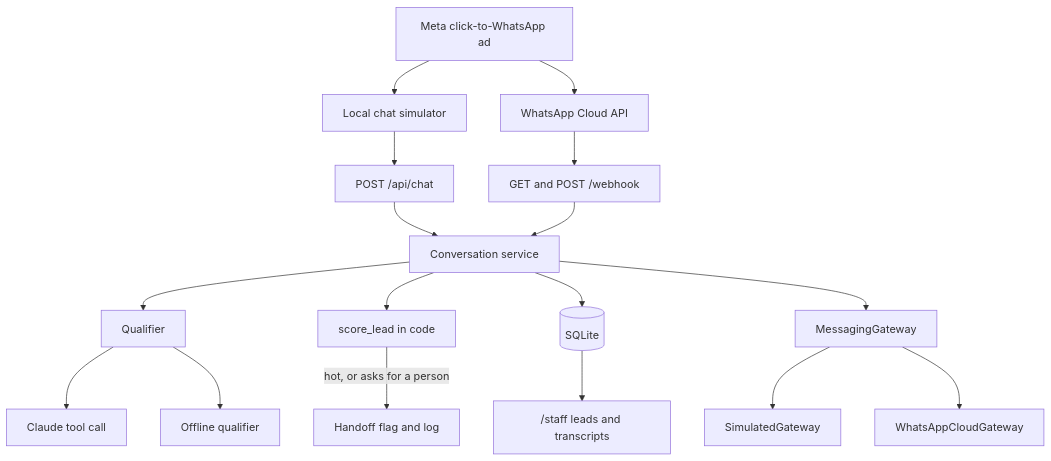
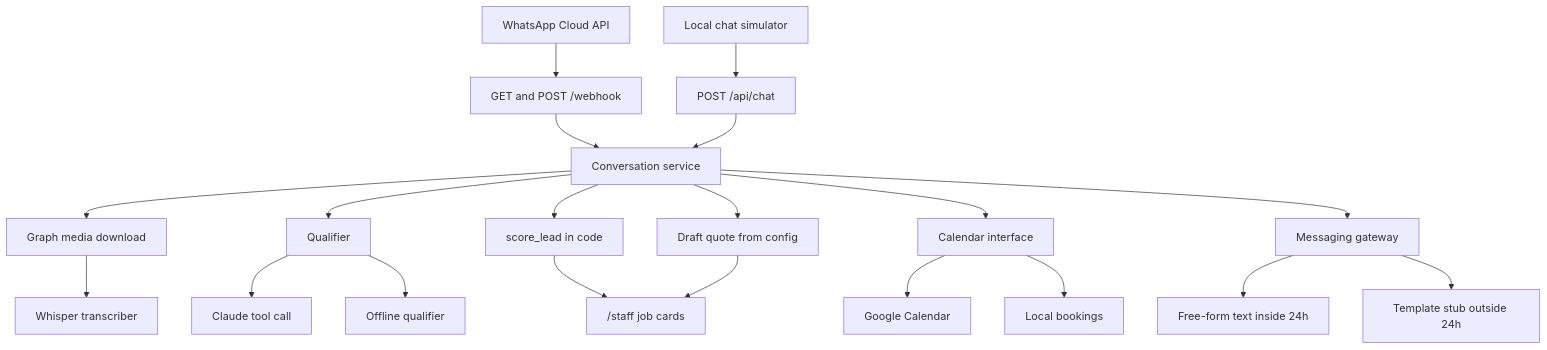
Before and after one commit to shishirven/whatsapp-travel-bot: the diagram in README.md, drawn with Mermaid. The commit also changed other lines of this file and 38 other files, not shown here.

First line of the commit message:
Adapt the WhatsApp lead bot into a tradie job assistant. (#2)

````diff
--- a/README.md
+++ b/README.md
@@ -11,22 +9,24 @@
 ```mermaid
 flowchart TD
-  Ad[Meta click-to-WhatsApp ad]
+  WA[WhatsApp Cloud API]
   Sim[Local chat simulator]
-  WA[WhatsApp Cloud API]
-  Ad --> Sim
-  Ad --> WA
+  WA --> Hook["GET and POST /webhook"]
   Sim --> ChatAPI["POST /api/chat"]
-  WA --> Hook["GET and POST /webhook"]
-  ChatAPI --> Svc[Conversation service]
-  Hook --> Svc
+  Hook --> Svc[Conversation service]
+  ChatAPI --> Svc
+  Svc --> Media[Graph media download]
+  Media --> Whisper[Whisper transcriber]
   Svc --> Qualifier[Qualifier]
   Qualifier --> Claude["Claude tool call"]
   Qualifier --> Mock[Offline qualifier]
   Svc --> Score["score_lead in code"]
-  Svc --> DB[(SQLite)]
-  Svc --> Gateway[MessagingGateway]
-  Gateway --> SimOut[SimulatedGateway]
-  Gateway --> Cloud[WhatsAppCloudGateway]
-  DB --> Staff["/staff leads and transcripts"]
-  Score -->|hot, or asks for a person| Handoff[Handoff flag and log]
+  Svc --> Quote[Draft quote from config]
+  Svc --> Cal[Calendar interface]
+  Cal --> Google[Google Calendar]
+  Cal --> Local[Local bookings]
+  Svc --> Gate[Messaging gateway]
+  Gate --> Text["Free-form text inside 24h"]
+  Gate --> Tpl["Template stub outside 24h"]
+  Score --> Desk["/staff job cards"]
+  Quote --> Desk
 ```
````
